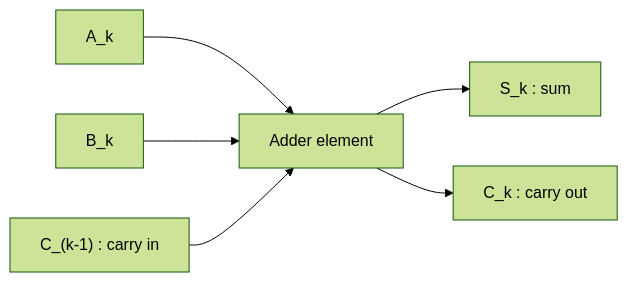
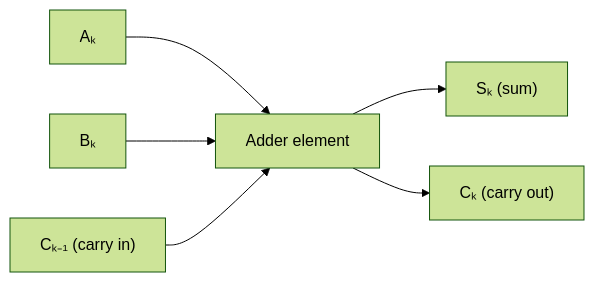
The second of 6 diagrams in Module-4-Focused.md (RaghulExists/VLSI), drawn with Mermaid (forest theme) before and after one commit. The commit also changed other lines of this file, not shown here.

Commit message:
Improve readability: format subscripts/variables with inline LaTeX and Unicode in diagrams

````diff
--- a/Module-4-Focused.md
+++ b/Module-4-Focused.md
@@ -168,8 +169,8 @@
 ```mermaid
 flowchart LR
-    Ak["A_k"] --> ADD["Adder element"]
-    Bk["B_k"] --> ADD
-    Ckm1["C_(k-1) : carry in"] --> ADD
-    ADD --> Sk["S_k : sum"]
-    ADD --> Ck["C_k : carry out"]
+    Ak["Aₖ"] --> ADD["Adder element"]
+    Bk["Bₖ"] --> ADD
+    Ckm1["Cₖ₋₁ (carry in)"] --> ADD
+    ADD --> Sk["Sₖ (sum)"]
+    ADD --> Ck["Cₖ (carry out)"]
 ```
````
